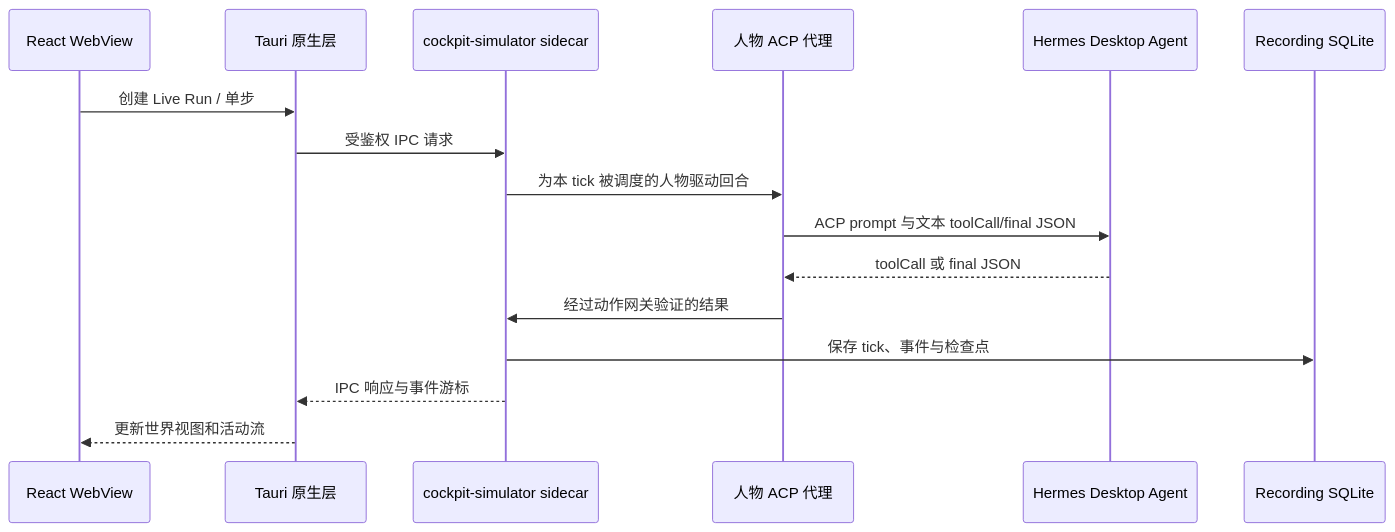
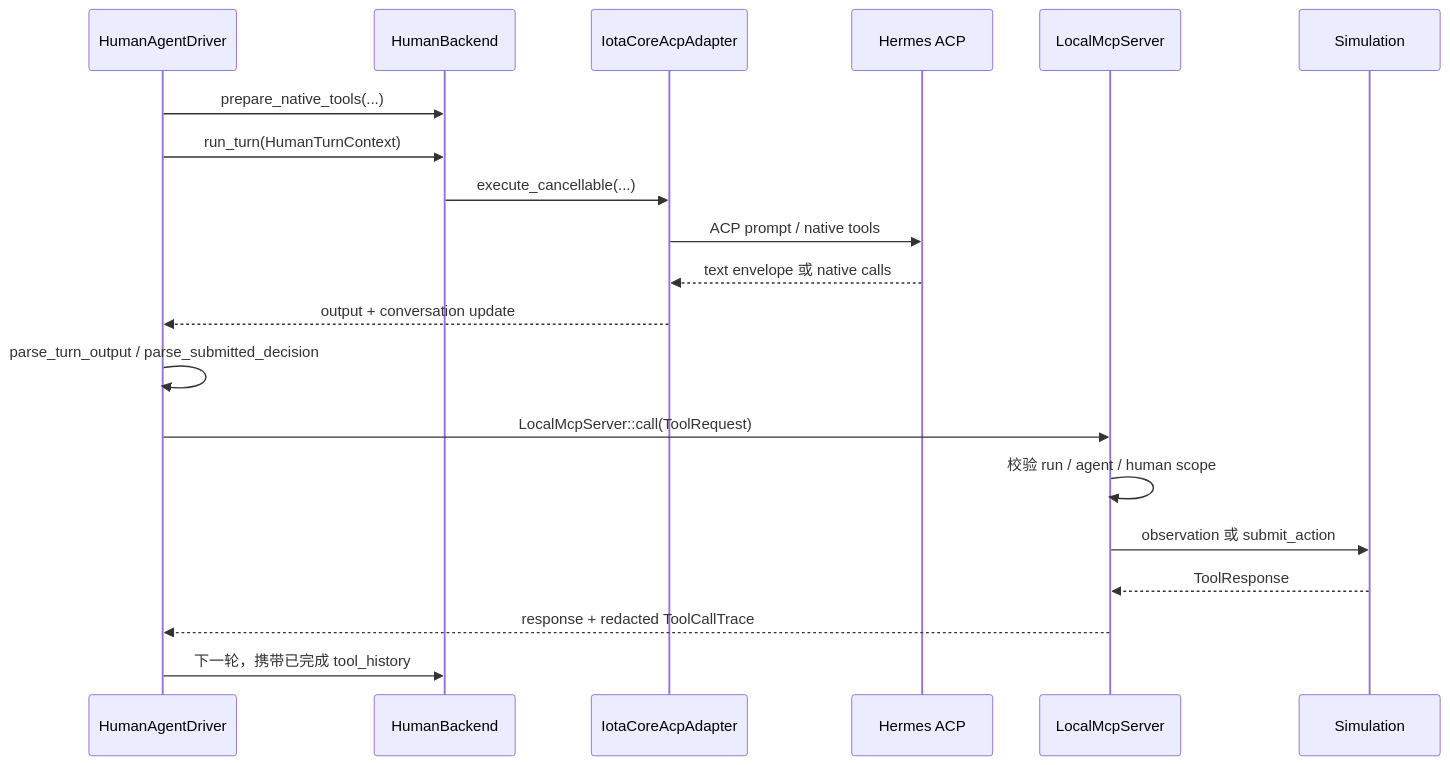
Before and after one commit to feuyeux/iota-cockpit-simulator: the fifth of 7 diagrams in docs/architecture-zh.md, drawn with Mermaid. The commit also changed other lines of this file and 1 other file, not shown here.

````diff
--- a/docs/architecture-zh.md
+++ b/docs/architecture-zh.md
@@ -70,19 +296,23 @@
 ```mermaid
 sequenceDiagram
-    participant W as React WebView
-    participant H as Tauri 原生层
-    participant R as cockpit-simulator sidecar
-    participant A as 人物 ACP 代理
-    participant M as Hermes Desktop Agent
-    participant D as Recording SQLite
+    participant D as HumanAgentDriver
+    participant B as HumanBackend
+    participant A as IotaCoreAcpAdapter
+    participant M as Hermes ACP
+    participant T as LocalMcpServer
+    participant W as Simulation
 
-    W->>H: 创建 Live Run / 单步
-    H->>R: 受鉴权 IPC 请求
-    R->>A: 为本 tick 被调度的人物驱动回合
-    A->>M: ACP prompt 与文本 toolCall/final JSON
-    M-->>A: toolCall 或 final JSON
-    A->>R: 经过动作网关验证的结果
-    R->>D: 保存 tick、事件与检查点
-    R-->>H: IPC 响应与事件游标
-    H-->>W: 更新世界视图和活动流
+    D->>B: prepare_native_tools(...)
+    D->>B: run_turn(HumanTurnContext)
+    B->>A: execute_cancellable(...)
+    A->>M: ACP prompt / native tools
+    M-->>A: text envelope 或 native calls
+    A-->>D: output + conversation update
+    D->>D: parse_turn_output / parse_submitted_decision
+    D->>T: LocalMcpServer::call(ToolRequest)
+    T->>T: 校验 run / agent / human scope
+    T->>W: observation 或 submit_action
+    W-->>T: ToolResponse
+    T-->>D: response + redacted ToolCallTrace
+    D->>B: 下一轮，携带已完成 tool_history
 ```
````
